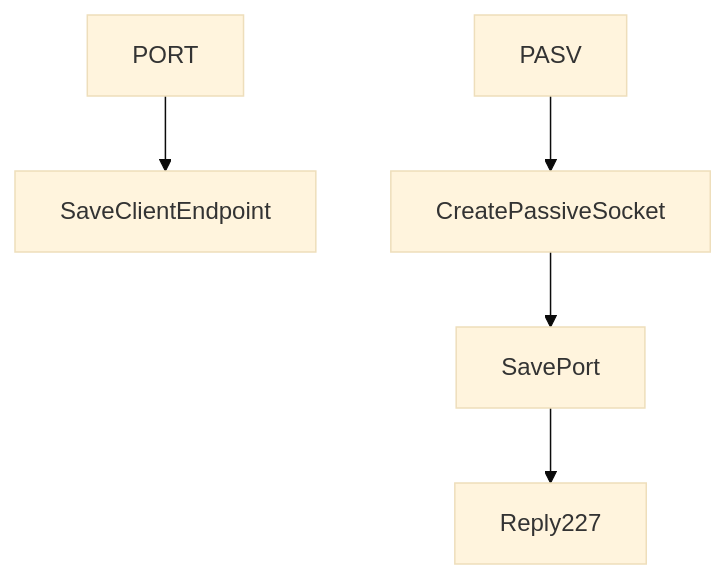
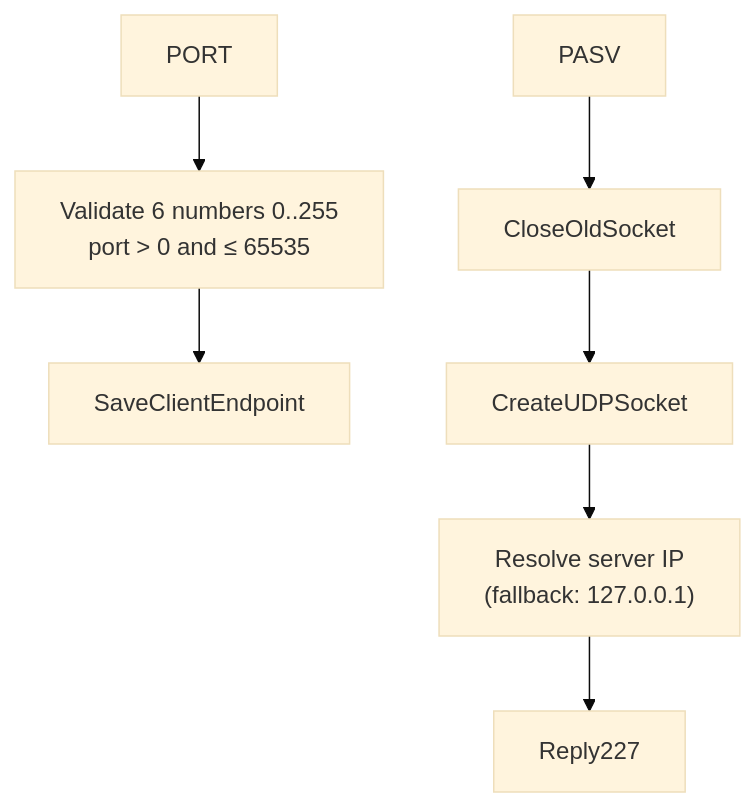
One commit to DrakyNeUwU/Hybrid-FTP-Socket changed the sixth of 6 diagrams in docs/report_role_a_week2.md. Above: the diagram before and after it, drawn with Mermaid (base theme). The commit also changed other lines of this file and 6 other files, not shown here.

````diff
--- a/docs/report_role_a_week2.md
+++ b/docs/report_role_a_week2.md
@@ -368,11 +317,15 @@
 ```mermaid
 flowchart TD
 
-PORT --> SaveClientEndpoint
+PORT --> ValidateNumbers["Validate 6 numbers 0..255\nport > 0 and ≤ 65535"]
 
-PASV --> CreatePassiveSocket
+ValidateNumbers --> SaveClientEndpoint
 
-CreatePassiveSocket --> SavePort
+PASV --> CloseOldSocket
 
-SavePort --> Reply227
+CloseOldSocket --> CreateUDPSocket
+
+CreateUDPSocket --> ResolveServerIP["Resolve server IP\n(fallback: 127.0.0.1)"]
+
+ResolveServerIP --> Reply227
 ```
````
